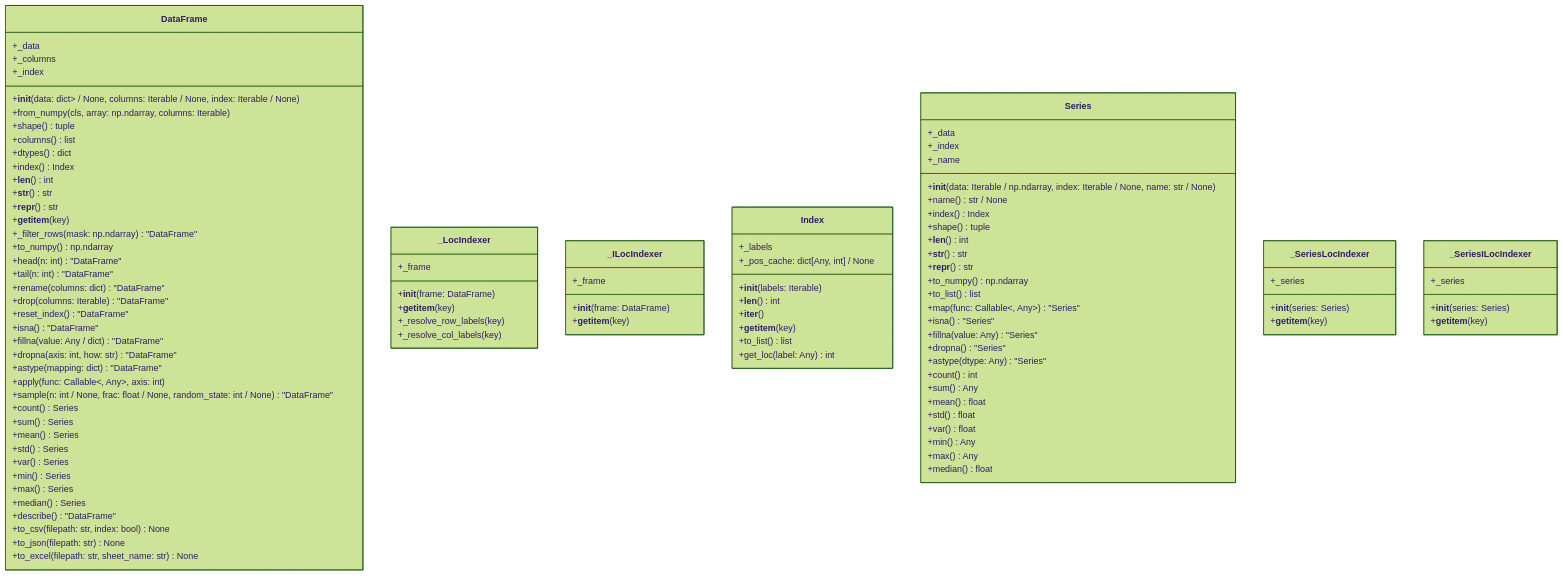
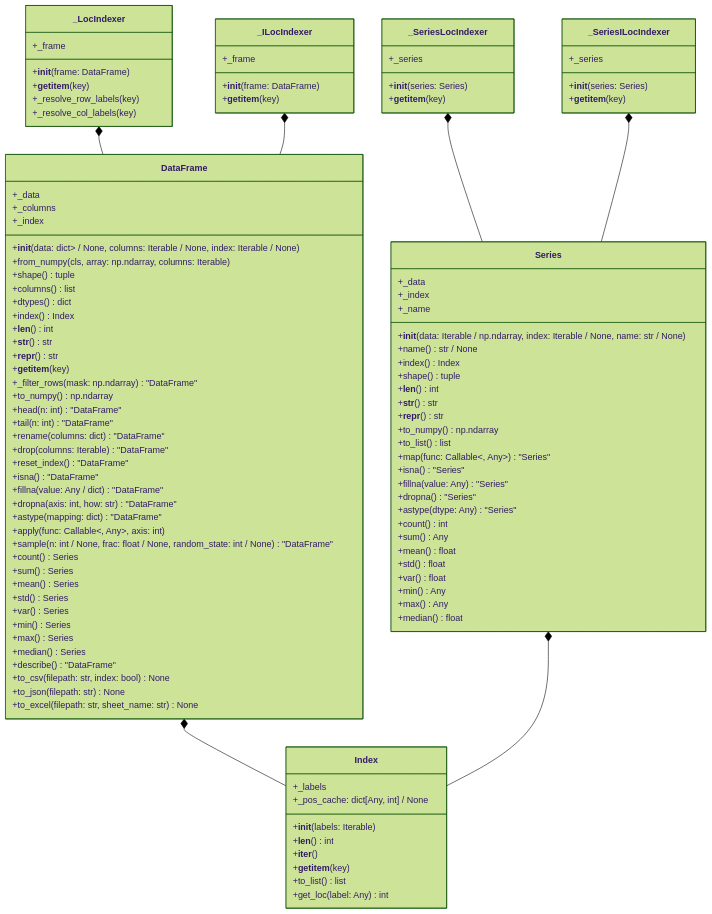
The diagram in packages/glassbox-numpandas/docs/UML_Class_Diagram.md (SmollCoco/GlassBox), drawn with Mermaid (forest theme) before and after one commit. The commit also changed 1 other file, not shown here.

Commit message:
correcting UML diagrams of eda and numpandas

````diff
--- a/packages/glassbox-numpandas/docs/UML_Class_Diagram.md
+++ b/packages/glassbox-numpandas/docs/UML_Class_Diagram.md
@@ -101,4 +101,11 @@
         +__init__(series: Series)
         +__getitem__(key)
     }
+    
+    DataFrame *-- Index
+    Series *-- Index
+    _LocIndexer *-- DataFrame
+    _ILocIndexer *-- DataFrame
+    _SeriesLocIndexer *-- Series
+    _SeriesILocIndexer *-- Series
 ```
````
